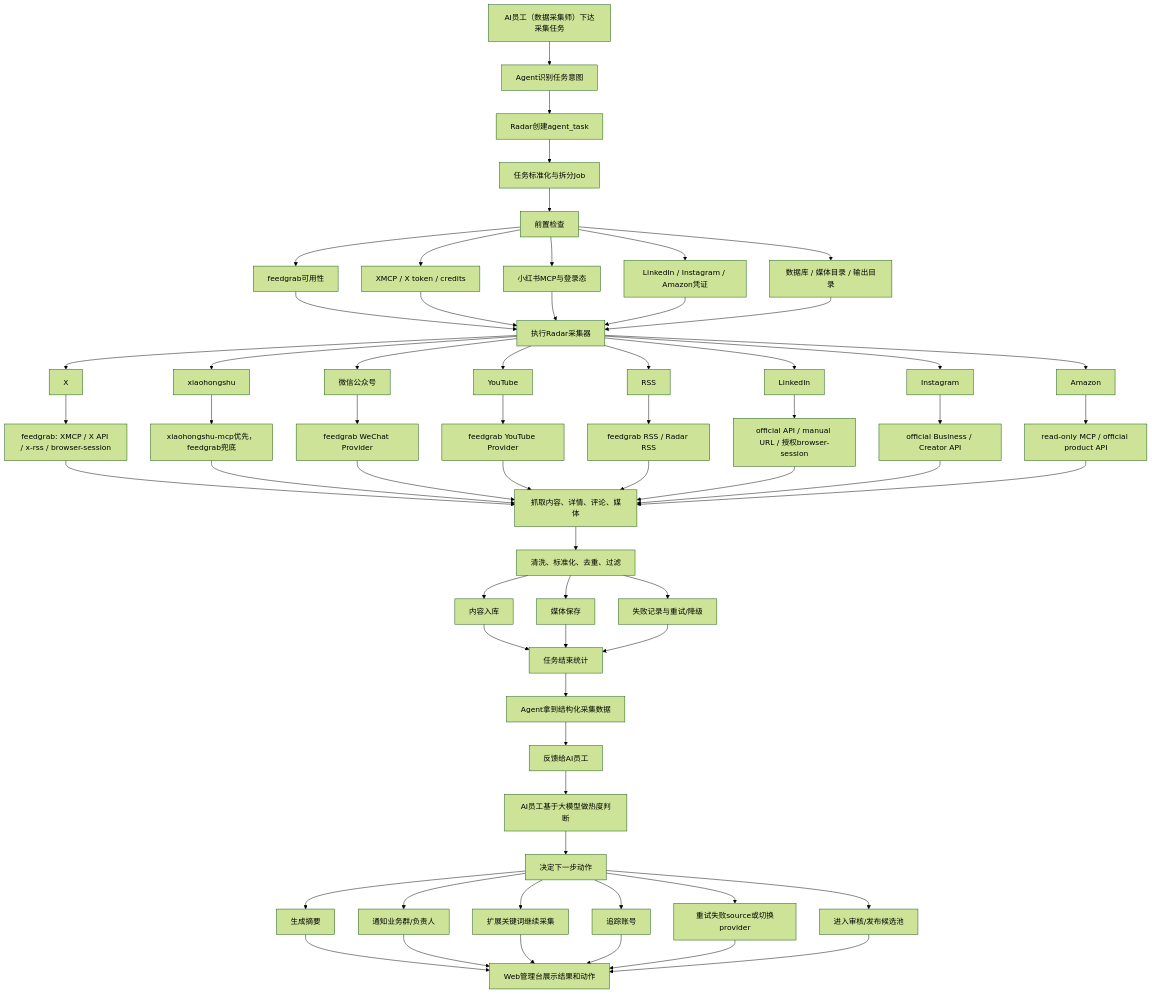
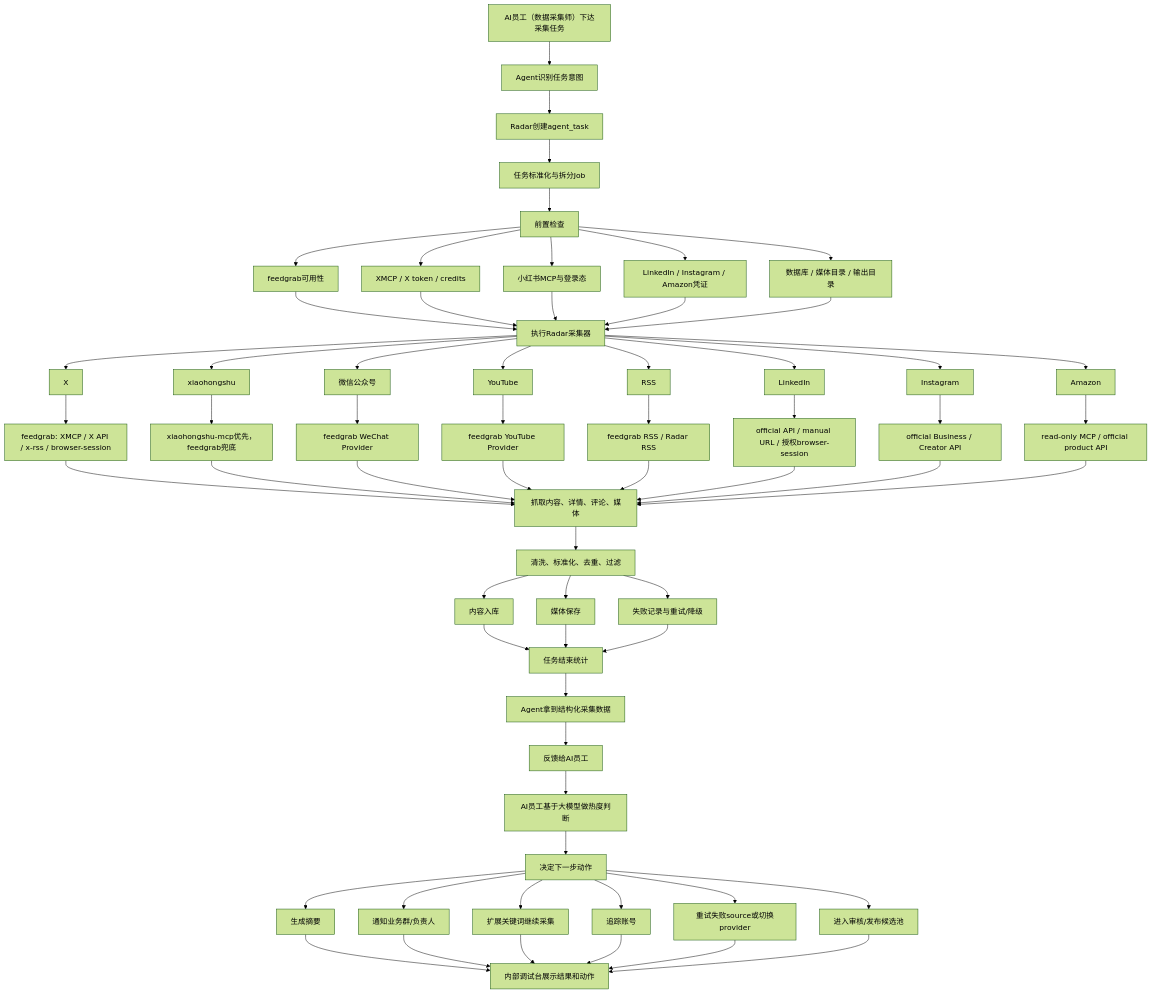
One commit to Zanetach/radar-claw changed the diagram in docs/数据采集Agent落地方案.md. Above: the diagram before and after it, drawn with Mermaid (forest theme). The commit also changed other lines of this file and 7 other files, not shown here.

````diff
--- a/docs/数据采集Agent落地方案.md
+++ b/docs/数据采集Agent落地方案.md
@@ -510,74 +510,74 @@
 ```mermaid
 flowchart TD
     A["AI员工（数据采集师）下达采集任务"] --> B["Agent识别任务意图"]
     B --> C["Radar创建agent_task"]
     C --> D["任务标准化与拆分Job"]
     D --> E["前置检查"]
 
     E --> E1["feedgrab可用性"]
     E --> E2["XMCP / X token / credits"]
     E --> E3["小红书MCP与登录态"]
     E --> E4["LinkedIn / Instagram / Amazon凭证"]
     E --> E5["数据库 / 媒体目录 / 输出目录"]
 
     E1 --> F["执行Radar采集器"]
     E2 --> F
     E3 --> F
     E4 --> F
     E5 --> F
 
     F --> P1["X"]
     F --> P2["xiaohongshu"]
     F --> P3["微信公众号"]
     F --> P4["YouTube"]
     F --> P5["RSS"]
     F --> P6["LinkedIn"]
     F --> P7["Instagram"]
     F --> P8["Amazon"]
 
     P1 --> R1["feedgrab: XMCP / X API / x-rss / browser-session"]
     P2 --> R2["xiaohongshu-mcp优先，feedgrab兜底"]
     P3 --> R3["feedgrab WeChat Provider"]
     P4 --> R4["feedgrab YouTube Provider"]
     P5 --> R5["feedgrab RSS / Radar RSS"]
     P6 --> R6["official API / manual URL / 授权browser-session"]
     P7 --> R7["official Business / Creator API"]
     P8 --> R8["read-only MCP / official product API"]
 
     R1 --> G["抓取内容、详情、评论、媒体"]
     R2 --> G
     R3 --> G
     R4 --> G
     R5 --> G
     R6 --> G
     R7 --> G
     R8 --> G
 
     G --> H["清洗、标准化、去重、过滤"]
     H --> I["内容入库"]
     H --> J["媒体保存"]
     H --> K["失败记录与重试/降级"]
 
     I --> L["任务结束统计"]
     J --> L
     K --> L
 
     L --> M["Agent拿到结构化采集数据"]
     M --> N["反馈给AI员工"]
     N --> O["AI员工基于大模型做热度判断"]
     O --> Q["决定下一步动作"]
 
     Q --> Q1["生成摘要"]
     Q --> Q2["通知业务群/负责人"]
     Q --> Q3["扩展关键词继续采集"]
     Q --> Q4["追踪账号"]
     Q --> Q5["重试失败source或切换provider"]
     Q --> Q6["进入审核/发布候选池"]
 
-    Q1 --> Z["Web管理台展示结果和动作"]
+    Q1 --> Z["内部调试台展示结果和动作"]
     Q2 --> Z
     Q3 --> Z
     Q4 --> Z
     Q5 --> Z
     Q6 --> Z
 ```
````
